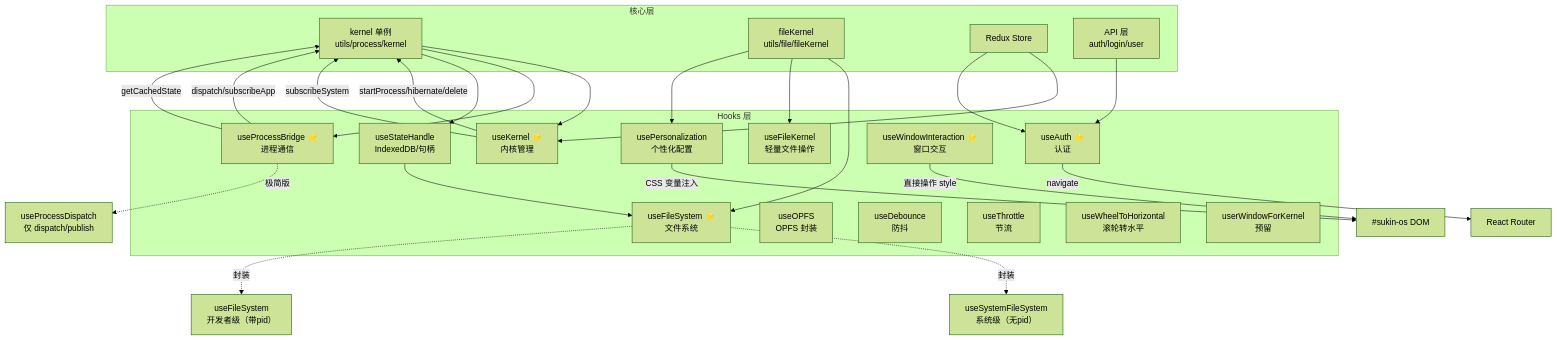
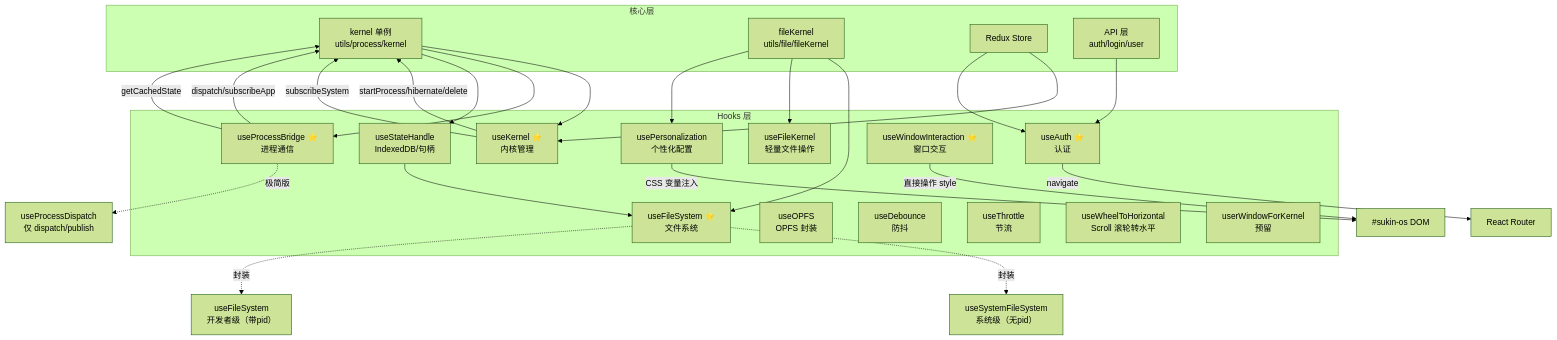
Before and after one commit to suluwanqing/sukinOS: the first of 2 diagrams in docs/module/01-hooks.md, drawn with Mermaid (forest theme). The commit also changed other lines of this file and 70 other files, not shown here.

````diff
--- a/docs/module/01-hooks.md
+++ b/docs/module/01-hooks.md
@@ -761,53 +778,53 @@
 ```mermaid
 graph TB
     subgraph "核心层"
         Kernel["kernel 单例<br/>utils/process/kernel"]
         FileKernel["fileKernel<br/>utils/file/fileKernel"]
         Redux["Redux Store"]
         API["API 层<br/>auth/login/user"]
     end
 
     subgraph "Hooks 层"
         useKernel["useKernel ⭐<br/>内核管理"]
         useProcessBridge["useProcessBridge ⭐<br/>进程通信"]
         useAuth["useAuth ⭐<br/>认证"]
         useFileSystem["useFileSystem ⭐<br/>文件系统"]
         useFileKernel["useFileKernel<br/>轻量文件操作"]
         useStateHandle["useStateHandle<br/>IndexedDB/句柄"]
         useOpfs["useOPFS<br/>OPFS 封装"]
         usePersonalization["usePersonalization<br/>个性化配置"]
         useWindowInteraction["useWindowInteraction ⭐<br/>窗口交互"]
         useDebounce["useDebounce<br/>防抖"]
         useThrottle["useThrottle<br/>节流"]
-        useWheelToHorizontal["useWheelToHorizontal<br/>滚轮转水平"]
+        useWheelToHorizontalScroll["useWheelToHorizontal<br/>Scroll 滚轮转水平"]
         userWindowForKernel["userWindowForKernel<br/>预留"]
     end
 
     Kernel --> useKernel
     Kernel --> useProcessBridge
     Kernel --> useStateHandle
 
     useKernel -->|"startProcess/hibernate/delete"| Kernel
     useKernel -->|"subscribeSystem"| Kernel
 
     useProcessBridge -->|"dispatch/subscribeApp"| Kernel
     useProcessBridge -->|"getCachedState"| Kernel
 
     Redux --> useKernel
     Redux --> useAuth
 
     API --> useAuth
     FileKernel --> useFileSystem
     FileKernel --> useFileKernel
     FileKernel --> usePersonalization
 
     useStateHandle --> useFileSystem
     useAuth -->|"navigate"| Router["React Router"]
     usePersonalization -->|"CSS 变量注入"| DOM["#sukin-os DOM"]
     useWindowInteraction -->|"直接操作 style"| DOM
 
     useFileSystem -.->|"封装"| useSystemFileSystem["useSystemFileSystem<br/>系统级（无pid）"]
     useFileSystem -.->|"封装"| useFileSystemDev["useFileSystem<br/>开发者级（带pid）"]
 
     useProcessBridge -.->|"极简版"| useProcessDispatch["useProcessDispatch<br/>仅 dispatch/publish"]
 ```
````
